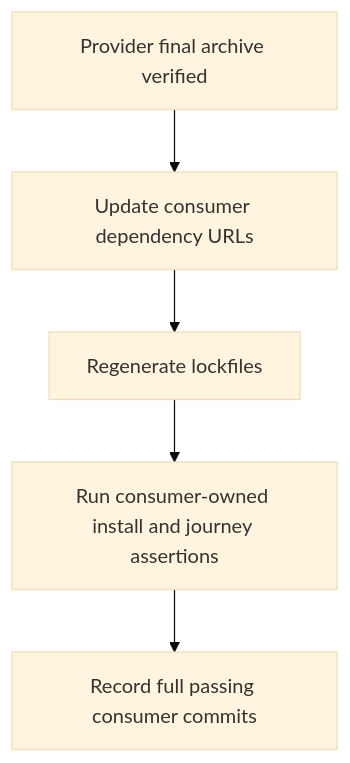
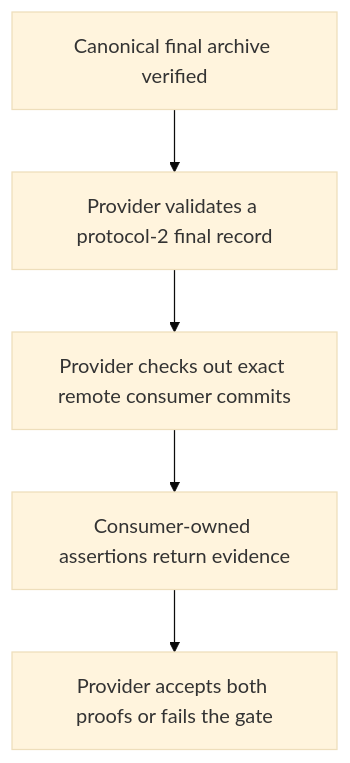
Before and after one commit to RebelliousSmile/schema-adrenaline: the first of 2 diagrams in aidd_docs/tasks/2026_09/2026_09_27_canonical-final-convergence/phase-2.md, drawn with Mermaid (base theme). The commit also changed other lines of this file and 6 other files, not shown here.

Commit message:
feat(release): add provider final convergence gate

````diff
--- a/aidd_docs/tasks/2026_09/2026_09_27_canonical-final-convergence/phase-2.md
+++ b/aidd_docs/tasks/2026_09/2026_09_27_canonical-final-convergence/phase-2.md
@@ -27,7 +24,7 @@
 ```mermaid
 flowchart TD
-  A[Provider final archive verified] --> B[Update consumer dependency URLs]
-  B --> C[Regenerate lockfiles]
-  C --> D[Run consumer-owned install and journey assertions]
-  D --> E[Record full passing consumer commits]
+  A[Canonical final archive verified] --> B[Provider validates a protocol-2 final record]
+  B --> C[Provider checks out exact remote consumer commits]
+  C --> D[Consumer-owned assertions return evidence]
+  D --> E[Provider accepts both proofs or fails the gate]
 ```
````
